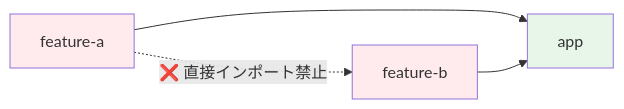
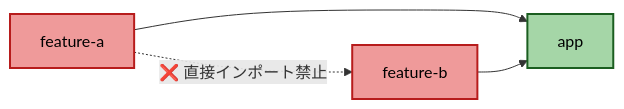
The second of 3 diagrams in docs/02-architecture/02-bulletproof-react.md (nomura-koshiro/next-app-docs), drawn with Mermaid before and after one commit. The commit also changed other lines of this file and 190 other files, not shown here.

````diff
--- a/docs/02-architecture/02-bulletproof-react.md
+++ b/docs/02-architecture/02-bulletproof-react.md
@@ -100,10 +100,10 @@
 ```mermaid
 graph LR
     A[feature-a] -.❌ 直接インポート禁止.-> B[feature-b]
     A --> C[app]
     B --> C
 
-    style A fill:#ffebee
-    style B fill:#ffebee
-    style C fill:#e8f5e9
+    style A fill:#ef9a9a,stroke:#b71c1c,stroke-width:2px,color:#000
+    style B fill:#ef9a9a,stroke:#b71c1c,stroke-width:2px,color:#000
+    style C fill:#a5d6a7,stroke:#1b5e20,stroke-width:2px,color:#000
 ```
````
